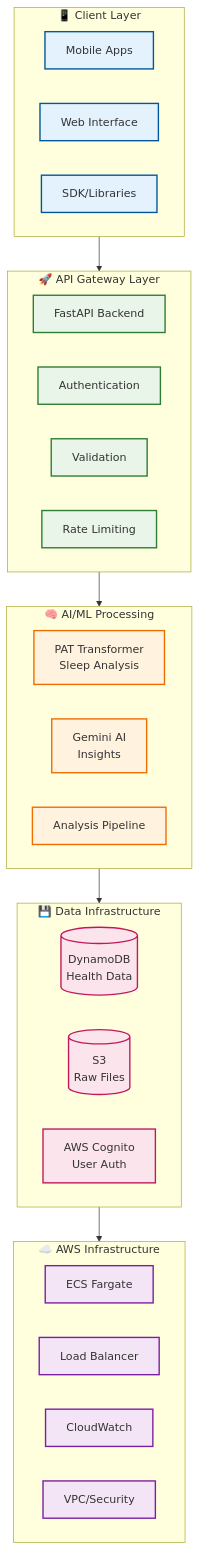
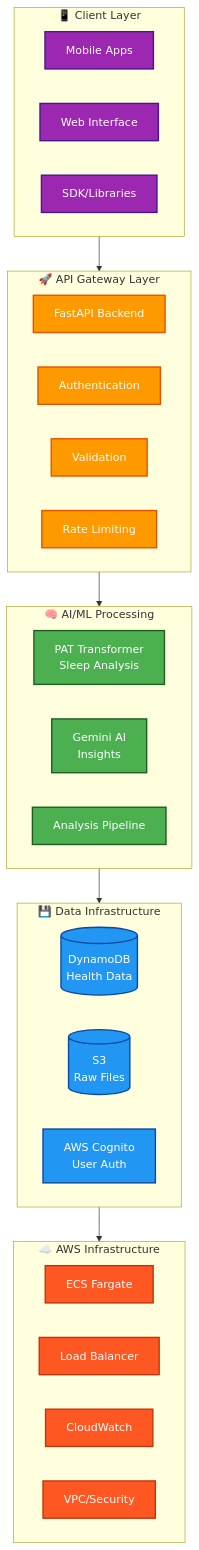
The first of 9 diagrams in docs/README.md (Clairty-Digital-Twin/clarity-loop-backend), drawn with Mermaid before and after one commit. The commit also changed other lines of this file and 1 other file, not shown here.

Commit message:
fix: Update README and chat handler for enhanced clarity and functionality
- Revised class definitions in the README diagrams to improve visual representation and consistency, aligning with the platform's branding.
- Enhanced color schemes for better readability and semantic structure in documentation.
- Updated the chat handler to import UserRole, improving type safety and user role management in the WebSocket functionality.

````diff
--- a/docs/README.md
+++ b/docs/README.md
@@ -11,51 +11,51 @@
 ```mermaid
 flowchart TB
     subgraph Client ["📱 Client Layer"]
         Mobile[Mobile Apps]
         Web[Web Interface]
         SDK[SDK/Libraries]
     end
     
     subgraph API ["🚀 API Gateway Layer"]
         FastAPI[FastAPI Backend]
         Auth[Authentication]
         Valid[Validation]
         Rate[Rate Limiting]
     end
     
     subgraph Processing ["🧠 AI/ML Processing"]
         PAT[PAT Transformer<br/>Sleep Analysis]
         Gemini[Gemini AI<br/>Insights]
         Pipeline[Analysis Pipeline]
     end
     
     subgraph Storage ["💾 Data Infrastructure"]
         DDB[(DynamoDB<br/>Health Data)]
         S3[(S3<br/>Raw Files)]
         Cognito[AWS Cognito<br/>User Auth]
     end
     
     subgraph Infrastructure ["☁️ AWS Infrastructure"]
         ECS[ECS Fargate]
         ALB[Load Balancer]
         CW[CloudWatch]
         VPC[VPC/Security]
     end
     
     Client --> API
     API --> Processing
     Processing --> Storage
     Storage --> Infrastructure
     
-    classDef client fill:#e3f2fd,stroke:#01579b,stroke-width:2px
-    classDef api fill:#e8f5e8,stroke:#2e7d32,stroke-width:2px
-    classDef ml fill:#fff3e0,stroke:#ef6c00,stroke-width:2px
-    classDef storage fill:#fce4ec,stroke:#c2185b,stroke-width:2px
-    classDef infra fill:#f3e5f5,stroke:#7b1fa2,stroke-width:2px
+    classDef client fill:#9c27b0,stroke:#4a148c,stroke-width:2px,color:white
+    classDef api fill:#ff9900,stroke:#e65100,stroke-width:2px,color:white
+    classDef ml fill:#4caf50,stroke:#1b5e20,stroke-width:2px,color:white
+    classDef storage fill:#2196f3,stroke:#0d47a1,stroke-width:2px,color:white
+    classDef infra fill:#ff5722,stroke:#bf360c,stroke-width:2px,color:white
     
     class Mobile,Web,SDK client
     class FastAPI,Auth,Valid,Rate api
     class PAT,Gemini,Pipeline ml
     class DDB,S3,Cognito storage
     class ECS,ALB,CW,VPC infra
 ```
````
